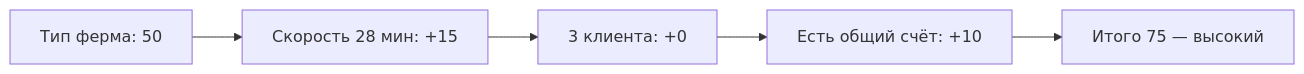
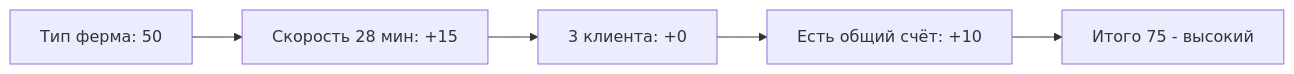
One commit to feytox/shugraph changed the third of 9 diagrams in docs/schemes-simple.md. Above: the diagram before and after it, drawn with Mermaid. The commit also changed other lines of this file and 2 other files, not shown here.

````diff
--- a/docs/schemes-simple.md
+++ b/docs/schemes-simple.md
@@ -41,4 +41,4 @@
 ```mermaid
 flowchart LR
-    B["Тип ферма: 50"] --> S["Скорость 28 мин: +15"] --> C["3 клиента: +0"] --> H["Есть общий счёт: +10"] --> T["Итого 75 — высокий"]
+    B["Тип ферма: 50"] --> S["Скорость 28 мин: +15"] --> C["3 клиента: +0"] --> H["Есть общий счёт: +10"] --> T["Итого 75 - высокий"]
 ```
````
